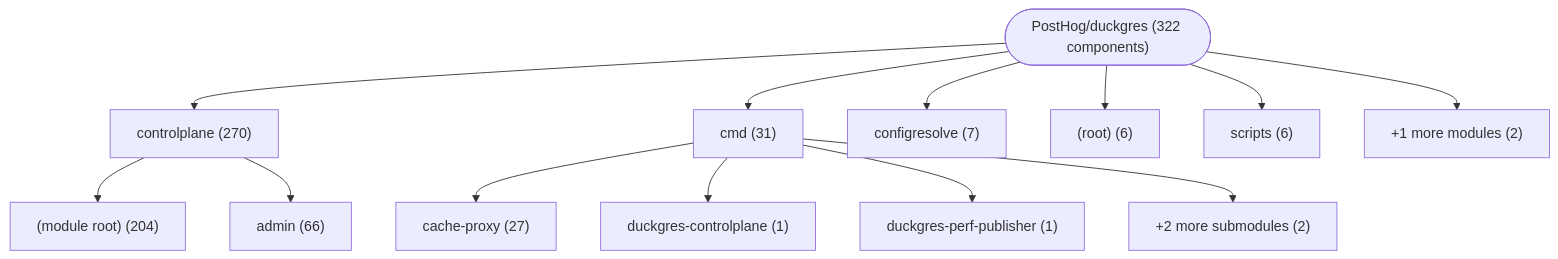
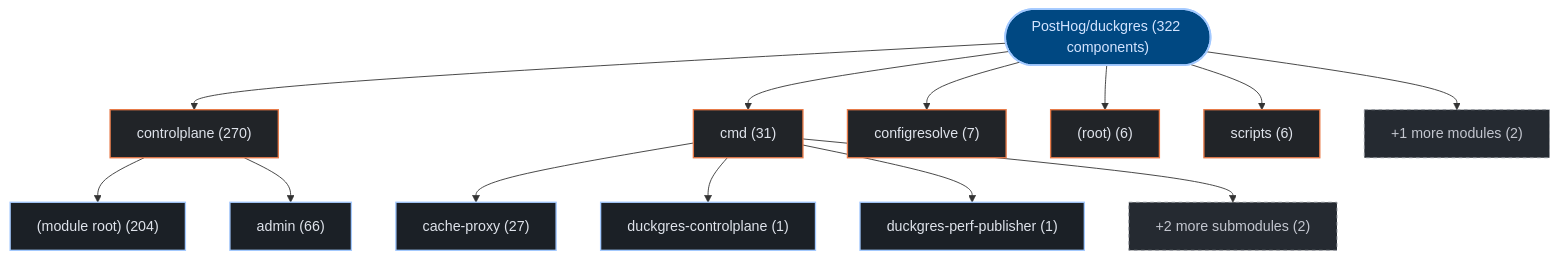
Before and after one commit to kumarshaz/atruss-code-atlas: the first of 3 diagrams in exports/latest/reports/PostHog-duckgres-report.md, drawn with Mermaid. The commit also changed other lines of this file and 331 other files, not shown here.

Commit message:
docs,ui,fix: update SDLC docs, reorder CI/CD DAG first, stylize Mermaid, and fix Arc42 pipeline topology

````diff
--- a/exports/latest/reports/PostHog-duckgres-report.md
+++ b/exports/latest/reports/PostHog-duckgres-report.md
@@ -42,28 +42,35 @@
 ```mermaid
 graph TD;
-    repo_root(["PostHog/duckgres (322 components)"])
-    dir_0_controlplane["controlplane (270)"]
+  classDef atlasRoot fill:#004882,stroke:#a3c9ff,stroke-width:2px,color:#d3e4ff
+  classDef atlasCategory fill:#212428,stroke:#E87A48,stroke-width:1.5px,color:#dfe3eb
+  classDef atlasWorkflow fill:#1b2026,stroke:#a3c9ff,stroke-width:1.5px,color:#dfe3eb
+  classDef atlasJob fill:#171c22,stroke:#8d9199,stroke-width:1px,color:#dfe3eb
+  classDef atlasTarget fill:#005227,stroke:#8bd99b,stroke-width:1.5px,color:#a7f6b6
+  classDef atlasAlert fill:#93000a,stroke:#ffb4ab,stroke-width:1.5px,color:#ffdad6
+  classDef atlasMore fill:#252a31,stroke:#8d9199,stroke-dasharray:4 4,color:#c3c6cf
+    repo_root(["PostHog/duckgres (322 components)"]):::atlasRoot
+    dir_0_controlplane["controlplane (270)"]:::atlasCategory
     repo_root --> dir_0_controlplane
-    sub_0_0__module_root_["(module root) (204)"]
+    sub_0_0__module_root_["(module root) (204)"]:::atlasWorkflow
     dir_0_controlplane --> sub_0_0__module_root_
-    sub_0_1_admin["admin (66)"]
+    sub_0_1_admin["admin (66)"]:::atlasWorkflow
     dir_0_controlplane --> sub_0_1_admin
-    dir_1_cmd["cmd (31)"]
+    dir_1_cmd["cmd (31)"]:::atlasCategory
     repo_root --> dir_1_cmd
-    sub_1_0_cache_proxy["cache-proxy (27)"]
+    sub_1_0_cache_proxy["cache-proxy (27)"]:::atlasWorkflow
     dir_1_cmd --> sub_1_0_cache_proxy
-    sub_1_1_duckgres_controlplane["duckgres-controlplane (1)"]
+    sub_1_1_duckgres_controlplane["duckgres-controlplane (1)"]:::atlasWorkflow
     dir_1_cmd --> sub_1_1_duckgres_controlplane
-    sub_1_2_duckgres_perf_publisher["duckgres-perf-publisher (1)"]
+    sub_1_2_duckgres_perf_publisher["duckgres-perf-publisher (1)"]:::atlasWorkflow
     dir_1_cmd --> sub_1_2_duckgres_perf_publisher
-    sub_1_more["+2 more submodules (2)"]
+    sub_1_more["+2 more submodules (2)"]:::atlasMore
     dir_1_cmd --> sub_1_more
-    dir_2_configresolve["configresolve (7)"]
+    dir_2_configresolve["configresolve (7)"]:::atlasCategory
     repo_root --> dir_2_configresolve
-    dir_3__root_["(root) (6)"]
+    dir_3__root_["(root) (6)"]:::atlasCategory
     repo_root --> dir_3__root_
-    dir_4_scripts["scripts (6)"]
+    dir_4_scripts["scripts (6)"]:::atlasCategory
     repo_root --> dir_4_scripts
-    dir_other_modules["+1 more modules (2)"]
+    dir_other_modules["+1 more modules (2)"]:::atlasMore
     repo_root --> dir_other_modules
 ```
````
